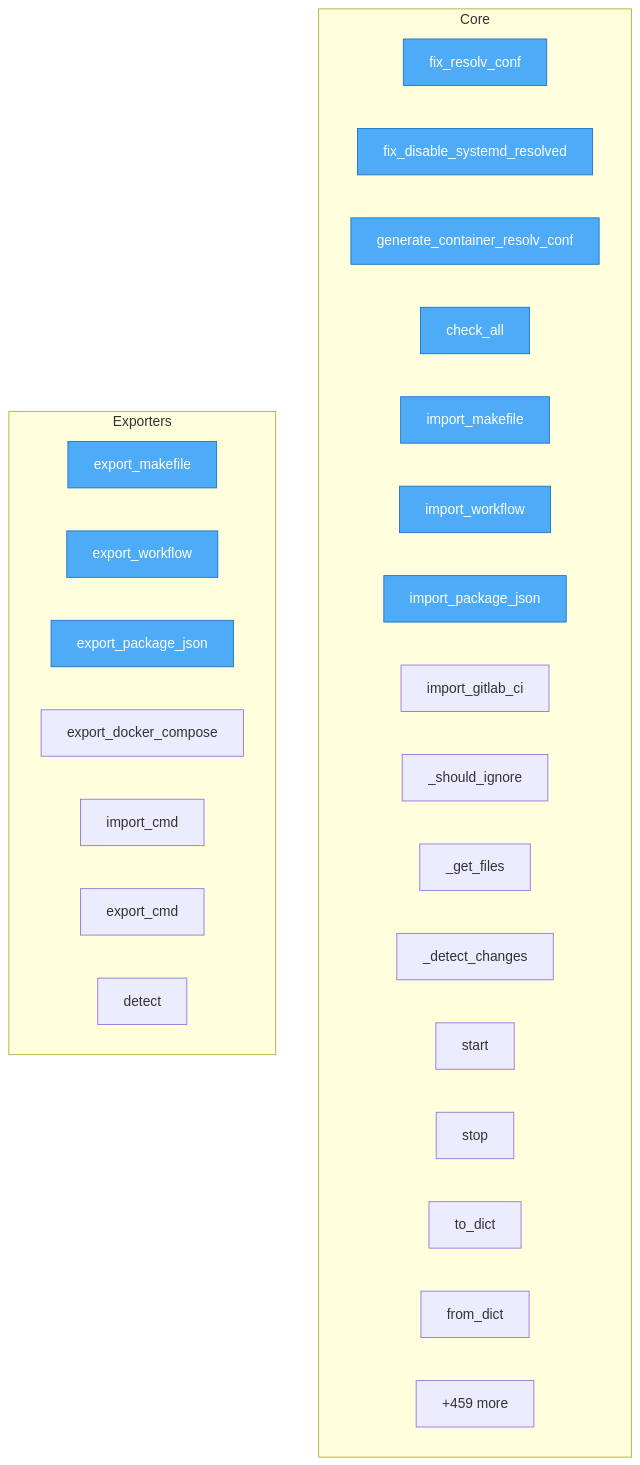
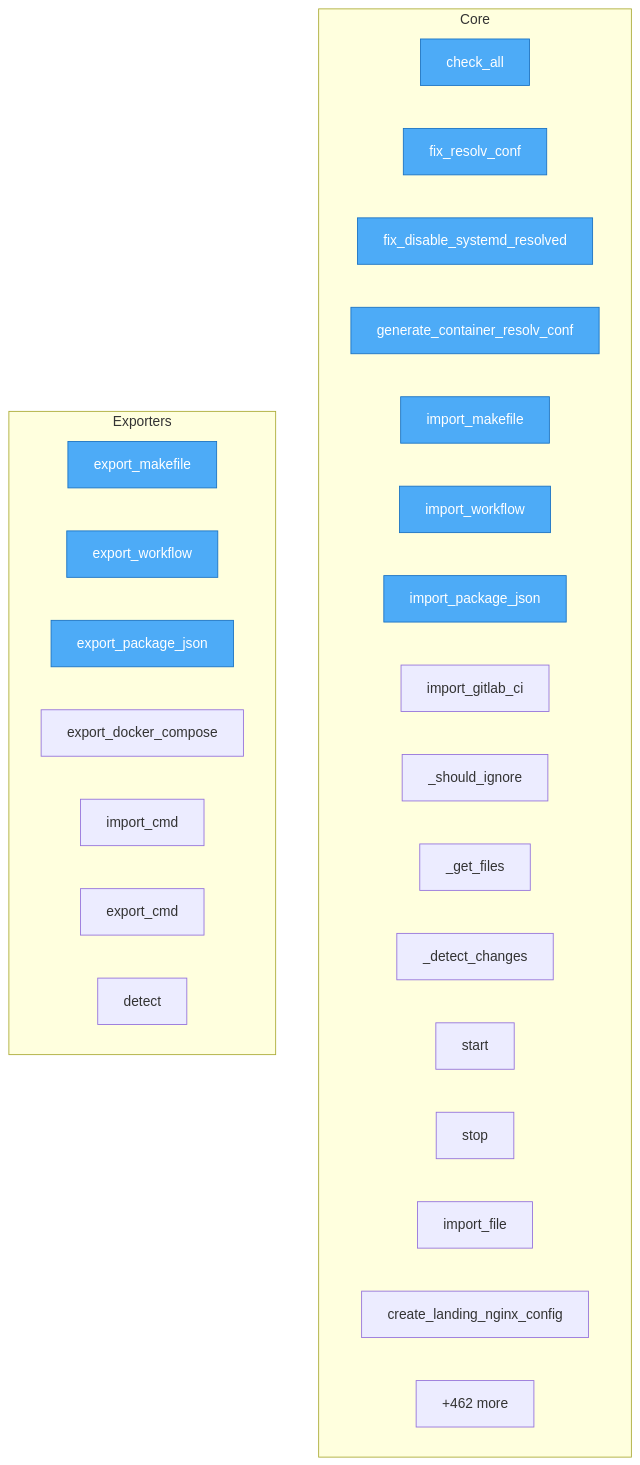
One commit to pyfunc/taskfile changed the diagram in project/flow.mmd. Above: the diagram before and after it, drawn with Mermaid. The commit also changed 25 other files, not shown here.

```diff
--- a/project/flow.mmd
+++ b/project/flow.mmd
@@ -1,35 +1,35 @@
 flowchart TD
 
     %% Entry points (blue)
     classDef entry fill:#4dabf7,stroke:#1971c2,color:#fff
 
     subgraph Core
+        TODO__check_all["check_all"]
         TODO__dns__fix_resolv_conf["fix_resolv_conf"]
         TODO__dns__fix_disable_systemd_resolved["fix_disable_systemd_resolved"]
         TODO__dns__generate_container_resolv_conf["generate_container_resolv_conf"]
-        TODO__check_all["check_all"]
         src__taskfile__converters__MakefileConverter__import_makefile["import_makefile"]
         src__taskfile__converters__GitHubActionsConverter__import_workflow["import_workflow"]
         src__taskfile__converters__NpmScriptsConverter__import_package_json["import_package_json"]
         src__taskfile__converters__GitLabCIConverter__import_gitlab_ci["import_gitlab_ci"]
         src__taskfile__watch__FileWatcher___should_ignore["_should_ignore"]
         src__taskfile__watch__FileWatcher___get_files["_get_files"]
         src__taskfile__watch__FileWatcher___detect_changes["_detect_changes"]
         src__taskfile__watch__FileWatcher__start["start"]
         src__taskfile__watch__FileWatcher__stop["stop"]
-        src__taskfile__registry__TaskPackage__to_dict["to_dict"]
-        src__taskfile__registry__TaskPackage__from_dict["from_dict"]
-        ...["+459 more"]
+        src__taskfile__importer__import_file["import_file"]
+        src__taskfile__landing__create_landing_nginx_config["create_landing_nginx_config"]
+        ...["+462 more"]
     end
 
     subgraph Exporters
         src__taskfile__converters__MakefileConverter__export_makefile["export_makefile"]
         src__taskfile__converters__GitHubActionsConverter__export_workflow["export_workflow"]
         src__taskfile__converters__NpmScriptsConverter__export_package_json["export_package_json"]
         src__taskfile__converters__DockerComposeConverter__export_docker_compose["export_docker_compose"]
         src__taskfile__cli__import_export__import_cmd["import_cmd"]
         src__taskfile__cli__import_export__export_cmd["export_cmd"]
         src__taskfile__cli__import_export__detect["detect"]
     end
 
-    class TODO__dns__fix_resolv_conf,TODO__dns__fix_disable_systemd_resolved,TODO__dns__generate_container_resolv_conf,TODO__check_all,src__taskfile__converters__MakefileConverter__import_makefile,src__taskfile__converters__MakefileConverter__export_makefile,src__taskfile__converters__GitHubActionsConverter__import_workflow,src__taskfile__converters__GitHubActionsConverter__export_workflow,src__taskfile__converters__NpmScriptsConverter__import_package_json,src__taskfile__converters__NpmScriptsConverter__export_package_json entry
+    class TODO__check_all,TODO__dns__fix_resolv_conf,TODO__dns__fix_disable_systemd_resolved,TODO__dns__generate_container_resolv_conf,src__taskfile__converters__MakefileConverter__import_makefile,src__taskfile__converters__MakefileConverter__export_makefile,src__taskfile__converters__GitHubActionsConverter__import_workflow,src__taskfile__converters__GitHubActionsConverter__export_workflow,src__taskfile__converters__NpmScriptsConverter__import_package_json,src__taskfile__converters__NpmScriptsConverter__export_package_json entry
```
